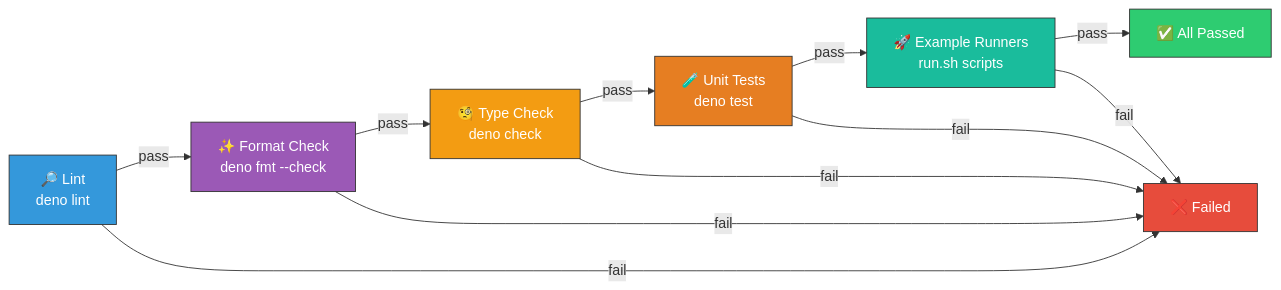
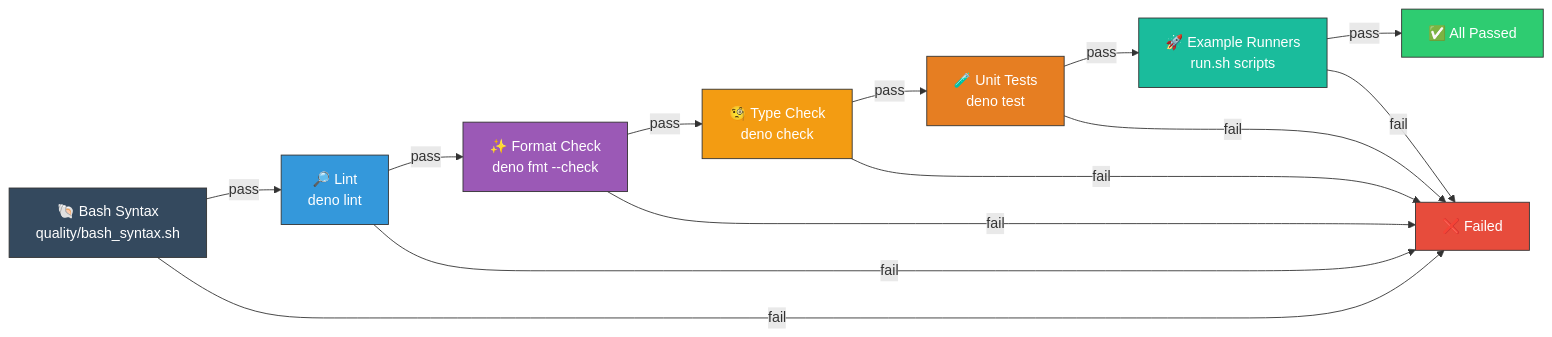
One commit to stSoftwareAU/NEAT-AI-Examples changed the fifth of 9 diagrams in README.md. Above: the diagram before and after it, drawn with Mermaid. The commit also changed other lines of this file and 7 other files, not shown here.

First line of the commit message:
Add committed `bash -n` syntax gate invoked by CI (Issue #768)

````diff
--- a/README.md
+++ b/README.md
@@ -528,29 +528,33 @@
 ```mermaid
 flowchart LR
+    BASH["🐚 Bash Syntax<br/>quality/bash_syntax.sh"]
     LINT["🔎 Lint<br/>deno lint"]
     FMT["✨ Format Check<br/>deno fmt --check"]
     CHECK["🧐 Type Check<br/>deno check"]
     TEST["🧪 Unit Tests<br/>deno test"]
     EX["🚀 Example Runners<br/>run.sh scripts"]
     PASS["✅ All Passed"]
     FAIL["❌ Failed"]
 
+    BASH -->|pass| LINT
     LINT -->|pass| FMT
     FMT -->|pass| CHECK
     CHECK -->|pass| TEST
     TEST -->|pass| EX
     EX -->|pass| PASS
+    BASH -->|fail| FAIL
     LINT -->|fail| FAIL
     FMT -->|fail| FAIL
     CHECK -->|fail| FAIL
     TEST -->|fail| FAIL
     EX -->|fail| FAIL
 
+    style BASH fill:#34495e,stroke:#333,color:#fff
     style LINT fill:#3498db,stroke:#333,color:#fff
     style FMT fill:#9b59b6,stroke:#333,color:#fff
     style CHECK fill:#f39c12,stroke:#333,color:#fff
     style TEST fill:#e67e22,stroke:#333,color:#fff
     style EX fill:#1abc9c,stroke:#333,color:#fff
     style PASS fill:#2ecc71,stroke:#333,color:#fff
     style FAIL fill:#e74c3c,stroke:#333,color:#fff
 ```
````
